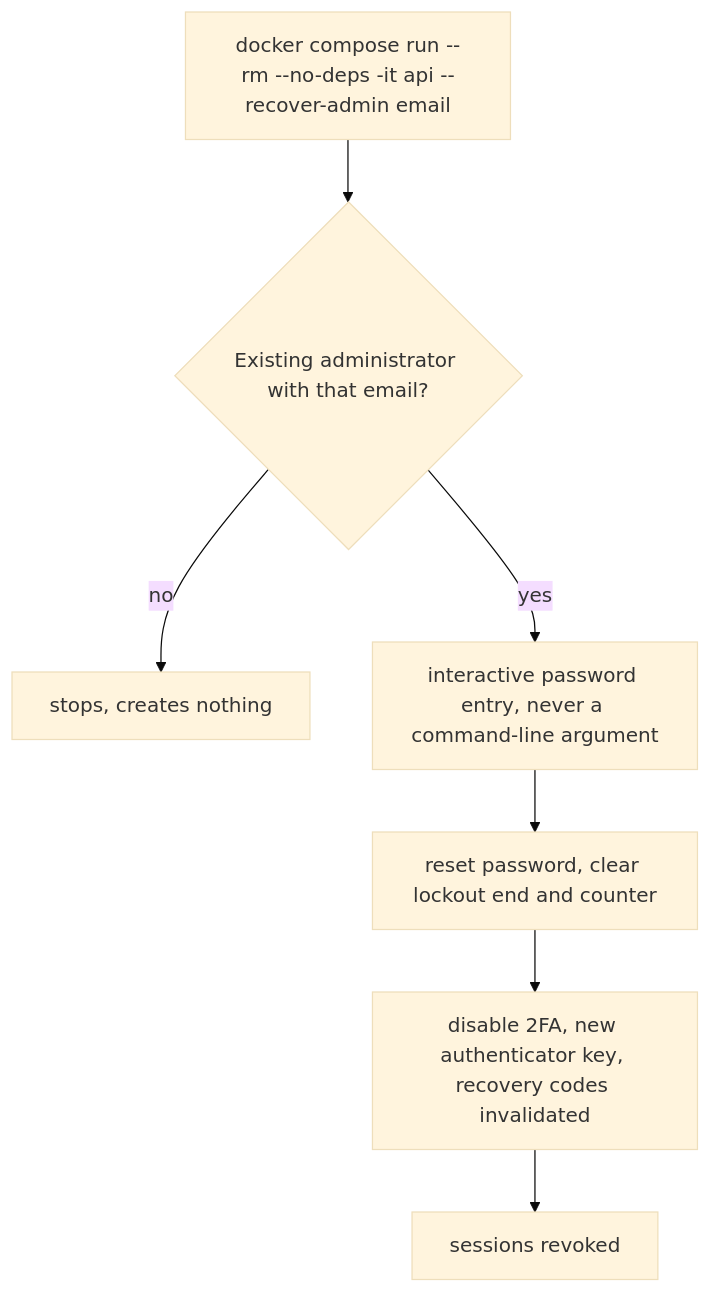
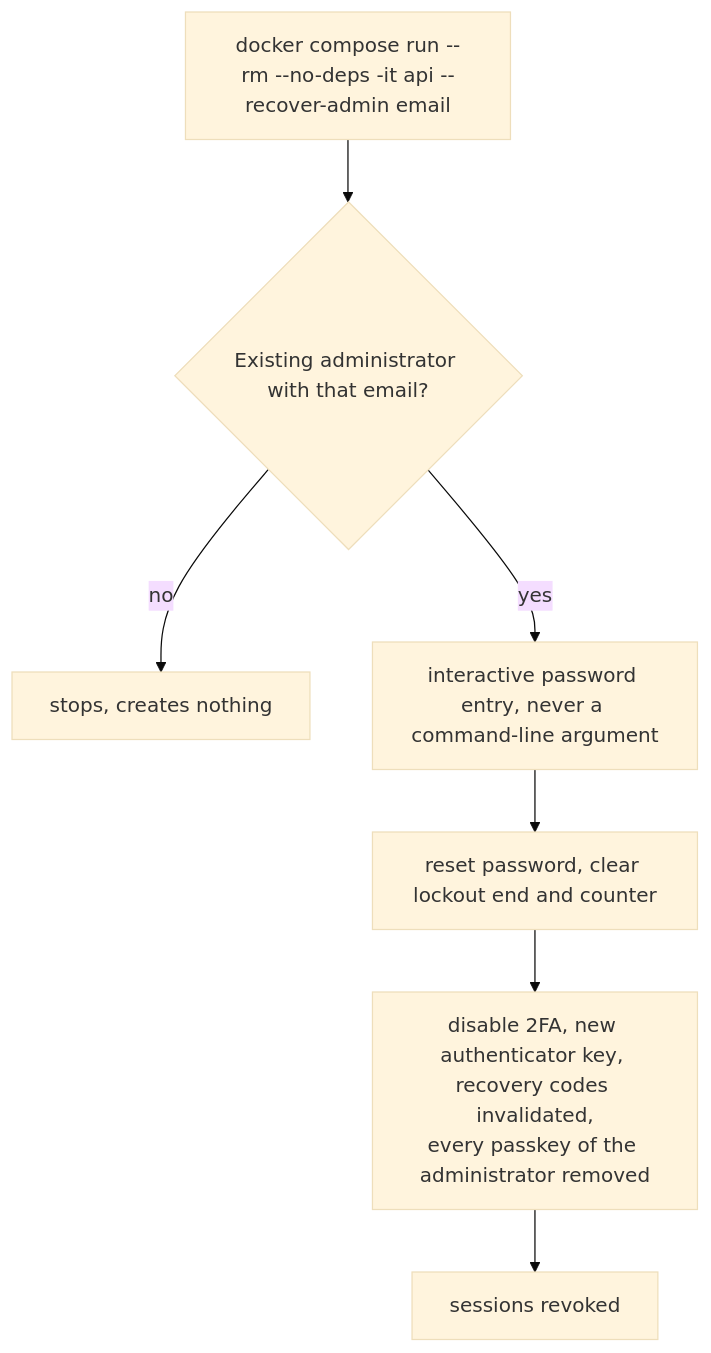
The diagram in docs/features/admin-recovery-command.md (Justxs/Jx-Finance), drawn with Mermaid (base theme) before and after one commit. The commit also changed other lines of this file and 117 other files, not shown here.

````diff
--- a/docs/features/admin-recovery-command.md
+++ b/docs/features/admin-recovery-command.md
@@ -5,9 +5,9 @@
 ```mermaid
 flowchart TD
     Run["docker compose run --rm --no-deps -it api --recover-admin email"] --> Exists{"Existing administrator with that email?"}
     Exists -->|"no"| Stop["stops, creates nothing"]
     Exists -->|"yes"| Ask["interactive password entry, never a command-line argument"]
     Ask --> Reset["reset password, clear lockout end and counter"]
-    Reset --> Tfa["disable 2FA, new authenticator key, recovery codes invalidated"]
+    Reset --> Tfa["disable 2FA, new authenticator key, recovery codes invalidated,<br/>every passkey of the administrator removed"]
     Tfa --> Sessions["sessions revoked"]
 ```
````
